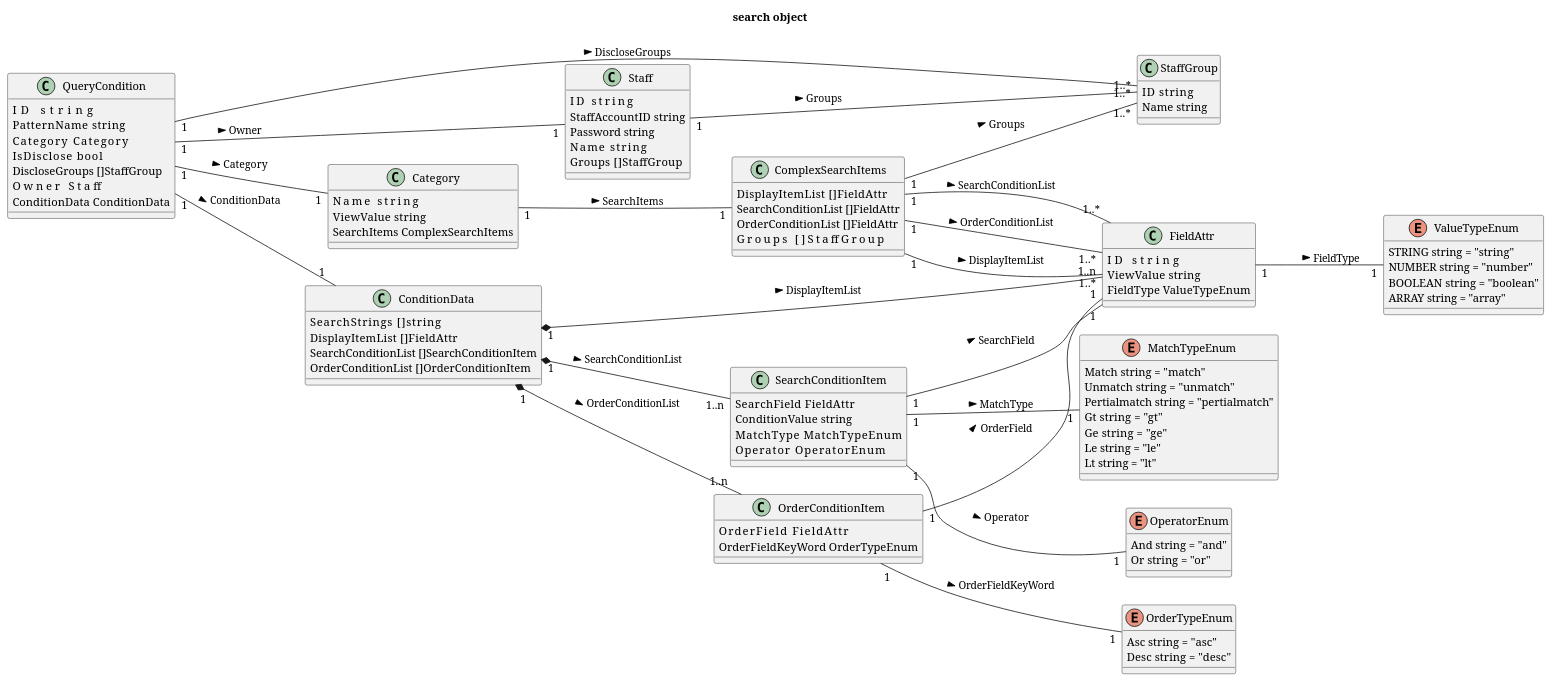
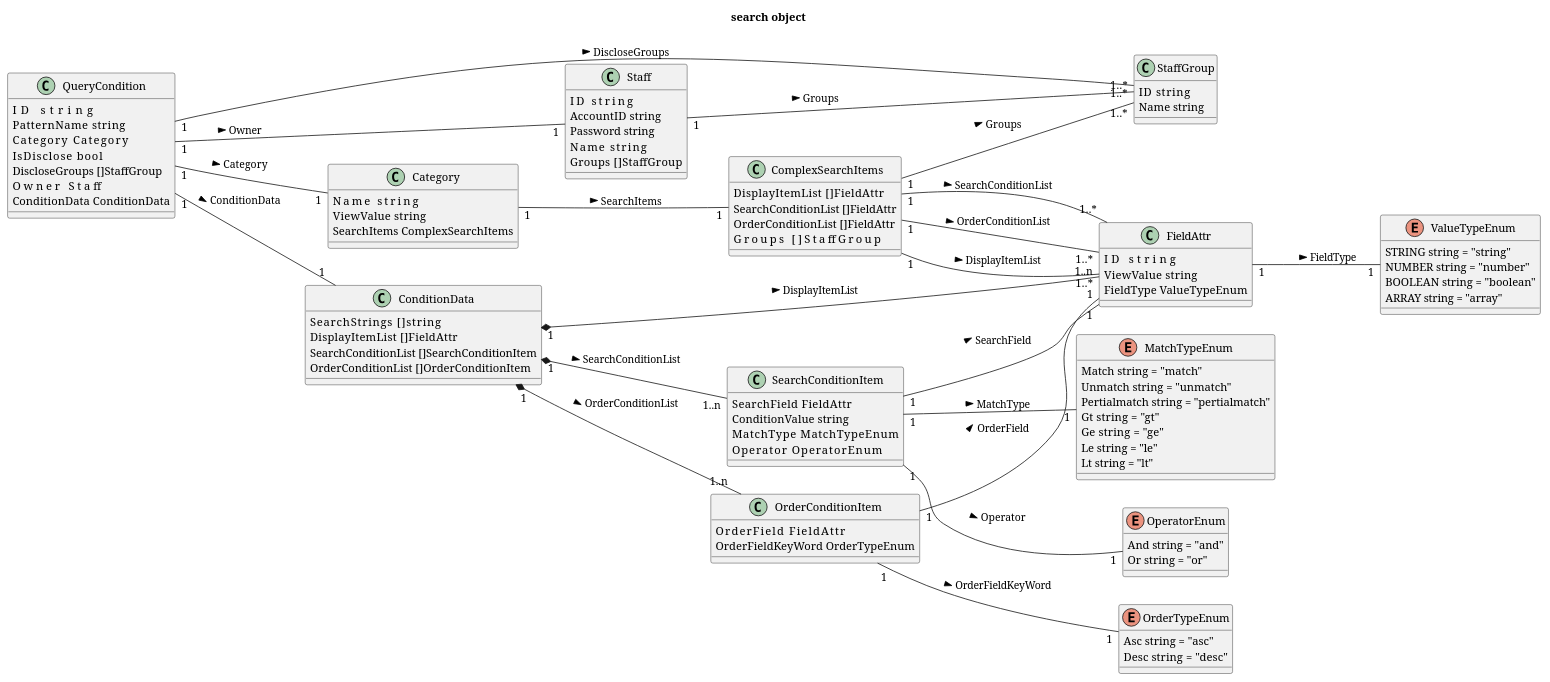
One commit to wazatoki/Regulus changed the first of 2 diagrams in documents/search.md. Above: the diagram before and after it, drawn with PlantUML. The commit also changed other lines of this file and 15 other files, not shown here.

```diff
--- a/documents/search.md
+++ b/documents/search.md
@@ -106,7 +106,7 @@
 
 class Staff {
 	ID       string
-	StaffAccountID  string
+	AccountID  string
 	Password string
 	Name     string
 	Groups   []StaffGroup
```
